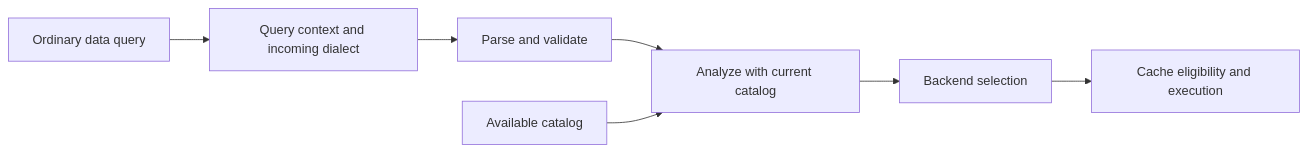
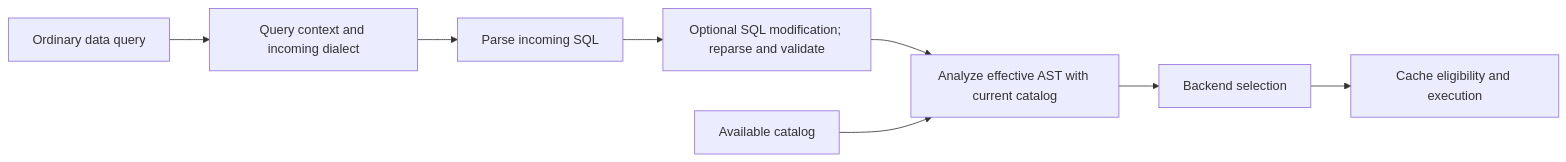
The second of 2 diagrams in docs/ast-lineage.md (AbhiSinha08/yasp-analytics-proxy), drawn with Mermaid before and after one commit. The commit also changed other lines of this file and 28 other files, not shown here.

````diff
--- a/docs/ast-lineage.md
+++ b/docs/ast-lineage.md
@@ -110,9 +110,10 @@
 ```mermaid
 flowchart LR
     SQL[Ordinary data query] --> Context[Query context and incoming dialect]
-    Context --> Parse[Parse and validate]
-    Parse --> Analyze[Analyze with current catalog]
+    Context --> Parse[Parse incoming SQL]
+    Parse --> Modify[Optional SQL modification; reparse and validate]
+    Modify --> Analyze[Analyze effective AST with current catalog]
     Catalog[Available catalog] --> Analyze
     Analyze --> Select[Backend selection]
     Select --> Cache[Cache eligibility and execution]
 ```
````
